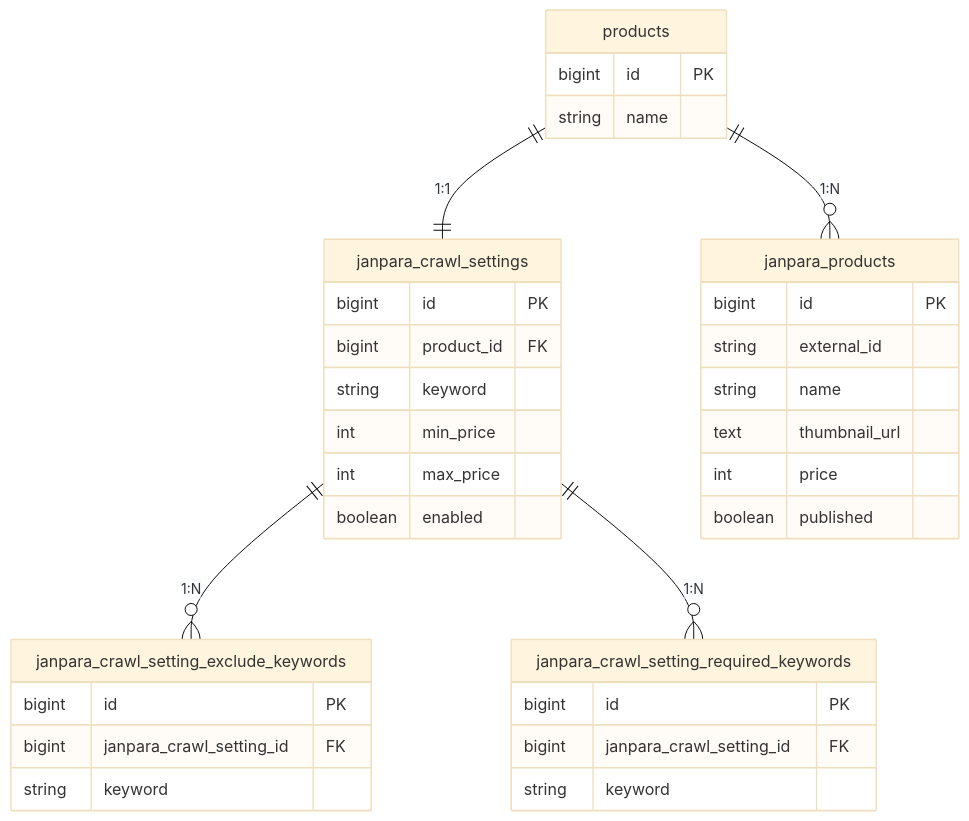
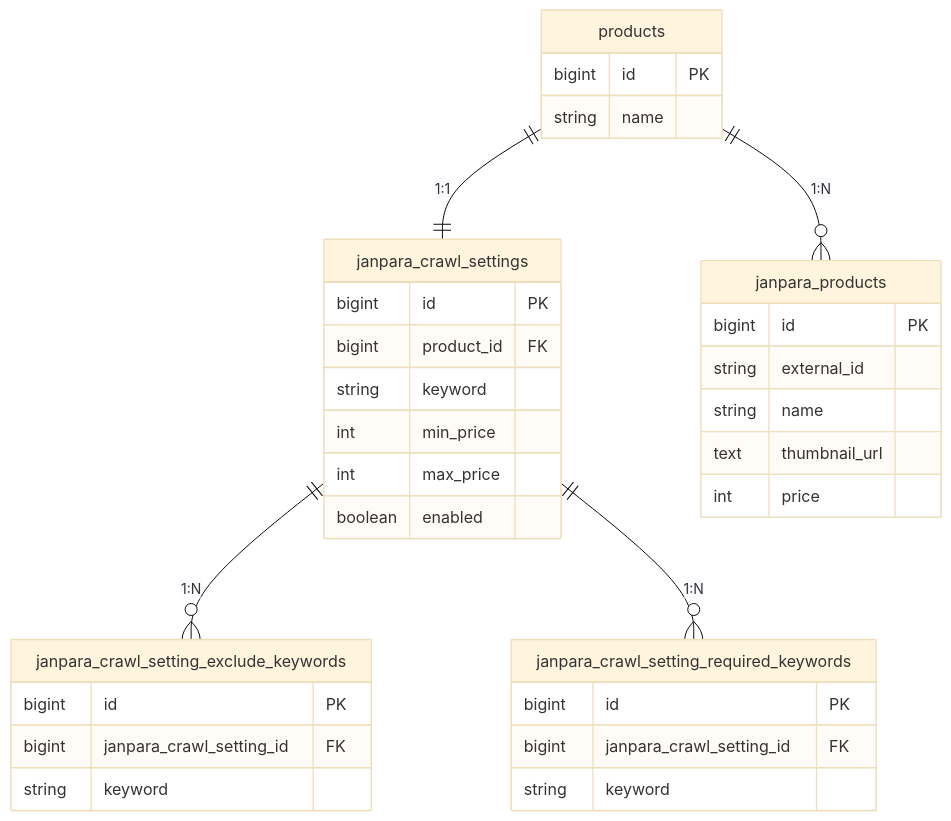
The fourth of 5 diagrams in README.md (kuroweb/price-monitoring), drawn with Mermaid (base theme) before and after one commit.

````diff
--- a/README.md
+++ b/README.md
@@ -203,38 +203,37 @@
 ```mermaid
 erDiagram
   products {
     bigint id PK
     string name
   }
   janpara_crawl_settings {
     bigint id PK
     bigint product_id FK
     string keyword
     int min_price
     int max_price
     boolean enabled
   }
   janpara_crawl_setting_exclude_keywords {
     bigint id PK
     bigint janpara_crawl_setting_id FK
     string keyword
   }
   janpara_crawl_setting_required_keywords {
     bigint id PK
     bigint janpara_crawl_setting_id FK
     string keyword
   }
   janpara_products {
     bigint id PK
     string external_id
     string name
     text thumbnail_url
     int price
-    boolean published
   }
 
   products ||--|| janpara_crawl_settings : "1:1"
   janpara_crawl_settings ||--o{ janpara_crawl_setting_exclude_keywords : "1:N"
   janpara_crawl_settings ||--o{ janpara_crawl_setting_required_keywords : "1:N"
   products ||--o{ janpara_products : "1:N"
 ```
````
